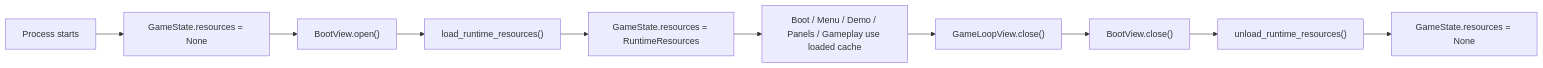
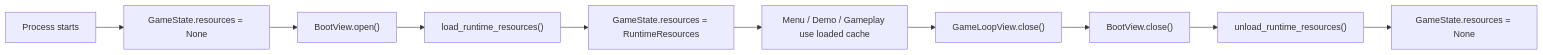
Before and after one commit to banteg/crimson: the first of 5 diagrams in docs/rewrite/resource-lifecycle.md, drawn with Mermaid. The commit also changed other lines of this file, not shown here.

````diff
--- a/docs/rewrite/resource-lifecycle.md
+++ b/docs/rewrite/resource-lifecycle.md
@@ -20,12 +21,12 @@
 ```mermaid
 flowchart LR
     A["Process starts"] --> B["GameState.resources = None"]
     B --> C["BootView.open()"]
     C --> D["load_runtime_resources()"]
     D --> E["GameState.resources = RuntimeResources"]
-    E --> F["Boot / Menu / Demo / Panels / Gameplay use loaded cache"]
+    E --> F["Menu / Demo / Gameplay use loaded cache"]
     F --> G["GameLoopView.close()"]
     G --> H["BootView.close()"]
     H --> I["unload_runtime_resources()"]
     I --> J["GameState.resources = None"]
 ```
````
